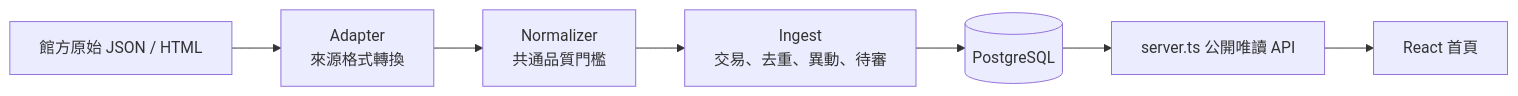
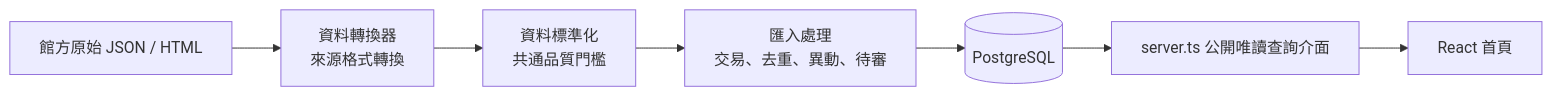
One commit to AndyLinStrongtyping/event-radar changed the diagram in docs/code-reference.md. Above: the diagram before and after it, drawn with Mermaid. The commit also changed other lines of this file and 4 other files, not shown here.

````diff
--- a/docs/code-reference.md
+++ b/docs/code-reference.md
@@ -7,9 +7,9 @@
 ```mermaid
 flowchart LR
-  R[館方原始 JSON / HTML] --> A[Adapter<br/>來源格式轉換]
-  A --> N[Normalizer<br/>共通品質門檻]
-  N --> I[Ingest<br/>交易、去重、異動、待審]
+  R[館方原始 JSON / HTML] --> A[資料轉換器<br/>來源格式轉換]
+  A --> N[資料標準化<br/>共通品質門檻]
+  N --> I[匯入處理<br/>交易、去重、異動、待審]
   I --> P[(PostgreSQL)]
-  P --> S[server.ts 公開唯讀 API]
+  P --> S[server.ts 公開唯讀查詢介面]
   S --> F[React 首頁]
 ```
````
